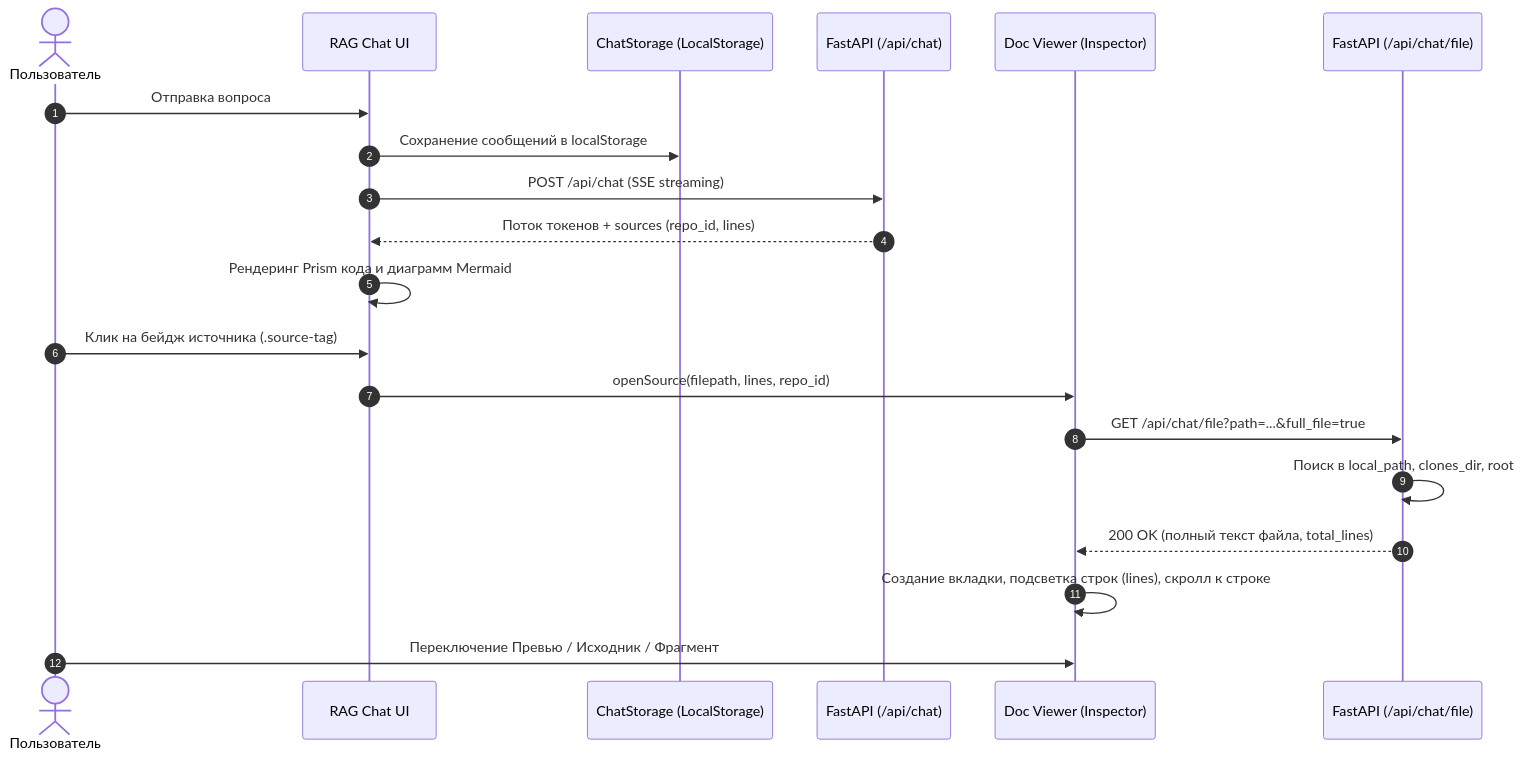
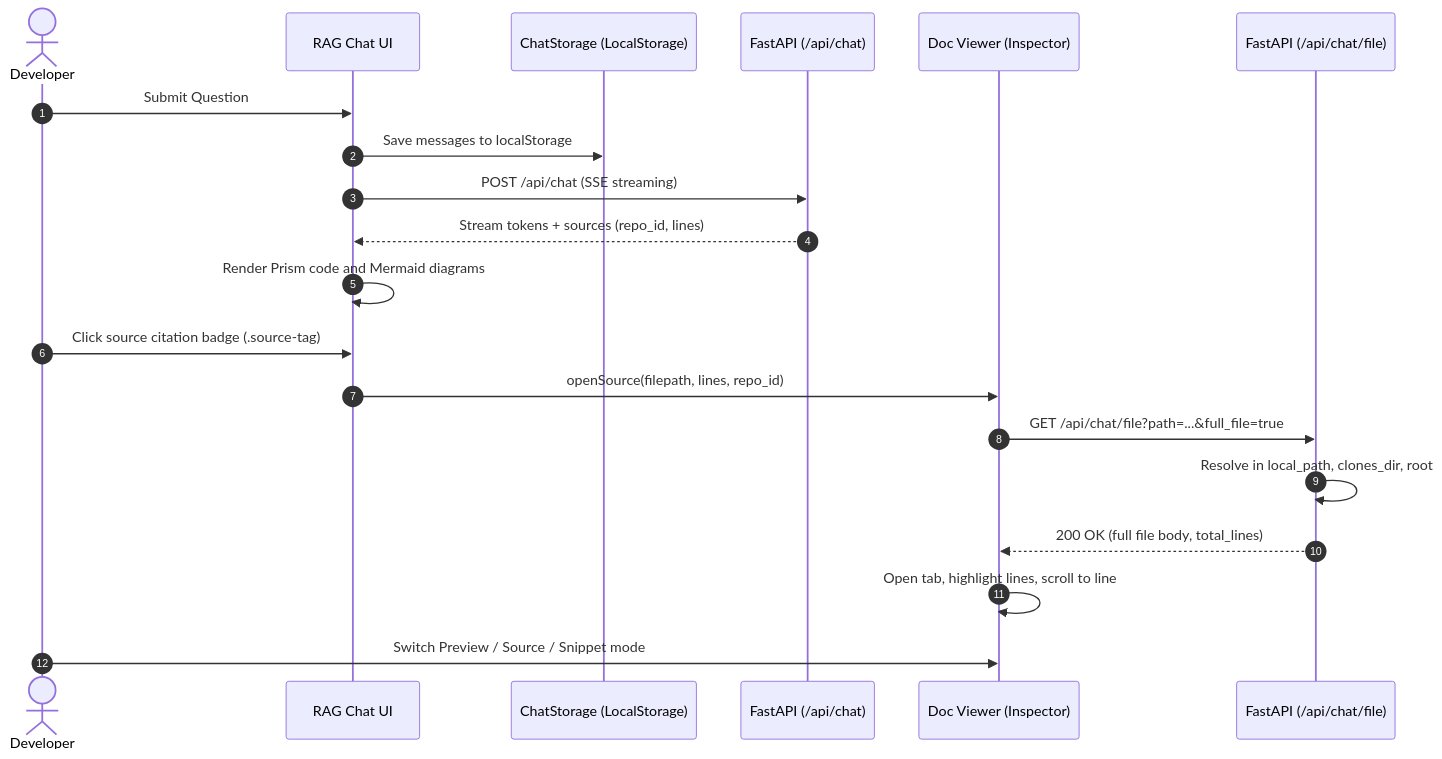
Before and after one commit to PaulTheSecond/knowledgebase-mcp: the diagram in docs/adr-007-interactive-chat-doc-inspector-and-mermaid.md, drawn with Mermaid. The commit also changed other lines of this file and 33 other files, not shown here.

Commit message:
docs: translate architecture specifications and ADRs to Russian

````diff
--- a/docs/adr-007-interactive-chat-doc-inspector-and-mermaid.md
+++ b/docs/adr-007-interactive-chat-doc-inspector-and-mermaid.md
@@ -86,24 +89,24 @@
 ```mermaid
 sequenceDiagram
     autonumber
-    actor User as Пользователь
+    actor User as Developer
     participant ChatUI as RAG Chat UI
     participant Storage as ChatStorage (LocalStorage)
     participant Backend as FastAPI (/api/chat)
     participant DocViewer as Doc Viewer (Inspector)
     participant FileAPI as FastAPI (/api/chat/file)
 
-    User->>ChatUI: Отправка вопроса
-    ChatUI->>Storage: Сохранение сообщений в localStorage
+    User->>ChatUI: Submit Question
+    ChatUI->>Storage: Save messages to localStorage
     ChatUI->>Backend: POST /api/chat (SSE streaming)
-    Backend-->>ChatUI: Поток токенов + sources (repo_id, lines)
-    ChatUI->>ChatUI: Рендеринг Prism кода и диаграмм Mermaid
+    Backend-->>ChatUI: Stream tokens + sources (repo_id, lines)
+    ChatUI->>ChatUI: Render Prism code and Mermaid diagrams
 
-    User->>ChatUI: Клик на бейдж источника (.source-tag)
+    User->>ChatUI: Click source citation badge (.source-tag)
     ChatUI->>DocViewer: openSource(filepath, lines, repo_id)
     DocViewer->>FileAPI: GET /api/chat/file?path=...&full_file=true
-    FileAPI->>FileAPI: Поиск в local_path, clones_dir, root
-    FileAPI-->>DocViewer: 200 OK (полный текст файла, total_lines)
-    DocViewer->>DocViewer: Создание вкладки, подсветка строк (lines), скролл к строке
-    User->>DocViewer: Переключение Превью / Исходник / Фрагмент
+    FileAPI->>FileAPI: Resolve in local_path, clones_dir, root
+    FileAPI-->>DocViewer: 200 OK (full file body, total_lines)
+    DocViewer->>DocViewer: Open tab, highlight lines, scroll to line
+    User->>DocViewer: Switch Preview / Source / Snippet mode
 ```
````
